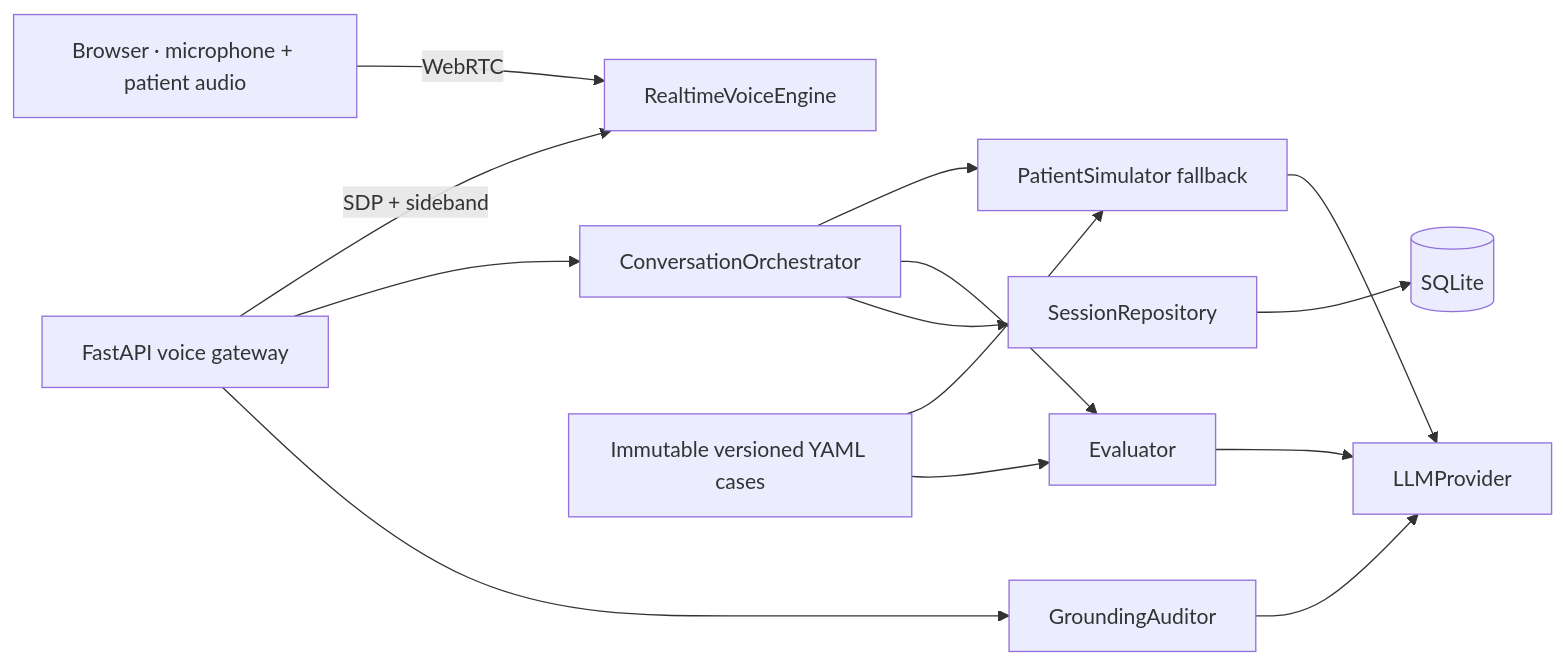
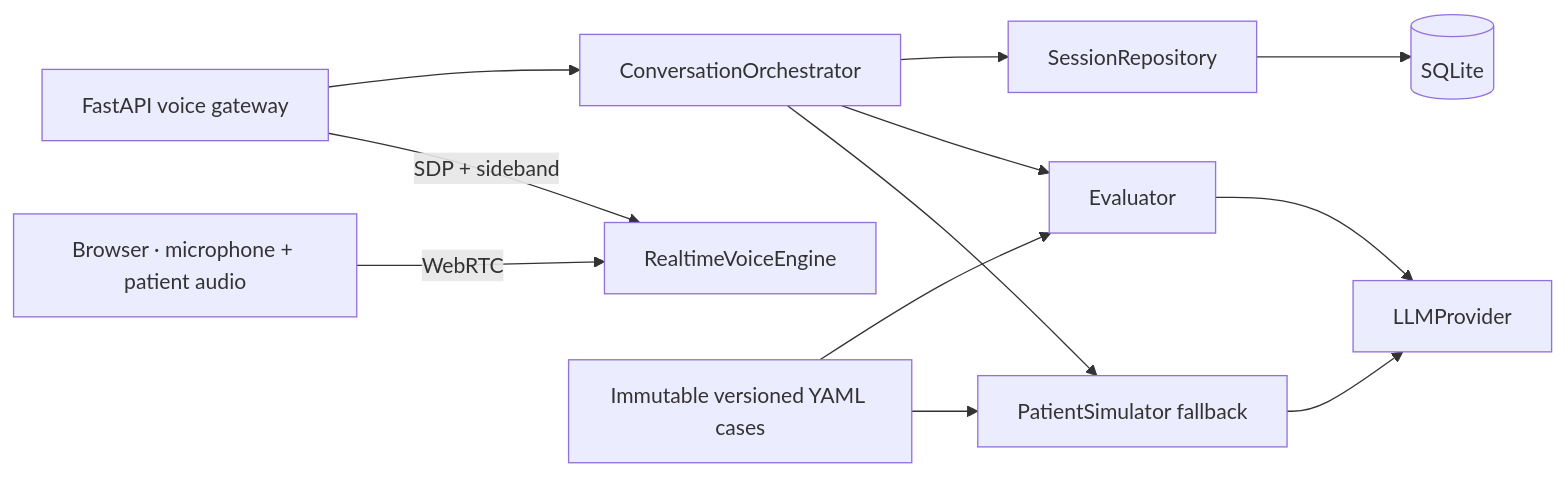
The diagram in README.md (lejams/ari), drawn with Mermaid before and after one commit. The commit also changed other lines of this file and 18 other files, not shown here.

First line of the commit message:
Remove the GroundingAuditor

````diff
--- a/README.md
+++ b/README.md
@@ -83,16 +83,14 @@
 ```mermaid
 flowchart LR
     Browser["Browser · microphone + patient audio"] -->|"WebRTC"| Realtime["RealtimeVoiceEngine"]
     API["FastAPI voice gateway"] -->|"SDP + sideband"| Realtime
     API --> Orchestrator["ConversationOrchestrator"]
     Orchestrator --> Patient["PatientSimulator fallback"]
     Patient --> LLM["LLMProvider"]
-    API --> Auditor["GroundingAuditor"]
-    Auditor --> LLM
     Orchestrator --> Evaluator["Evaluator"]
     Evaluator --> LLM
     Orchestrator --> Repo["SessionRepository"]
     Repo --> SQLite[("SQLite")]
     Cases["Immutable versioned YAML cases"] --> Patient
     Cases --> Evaluator
 ```
````
